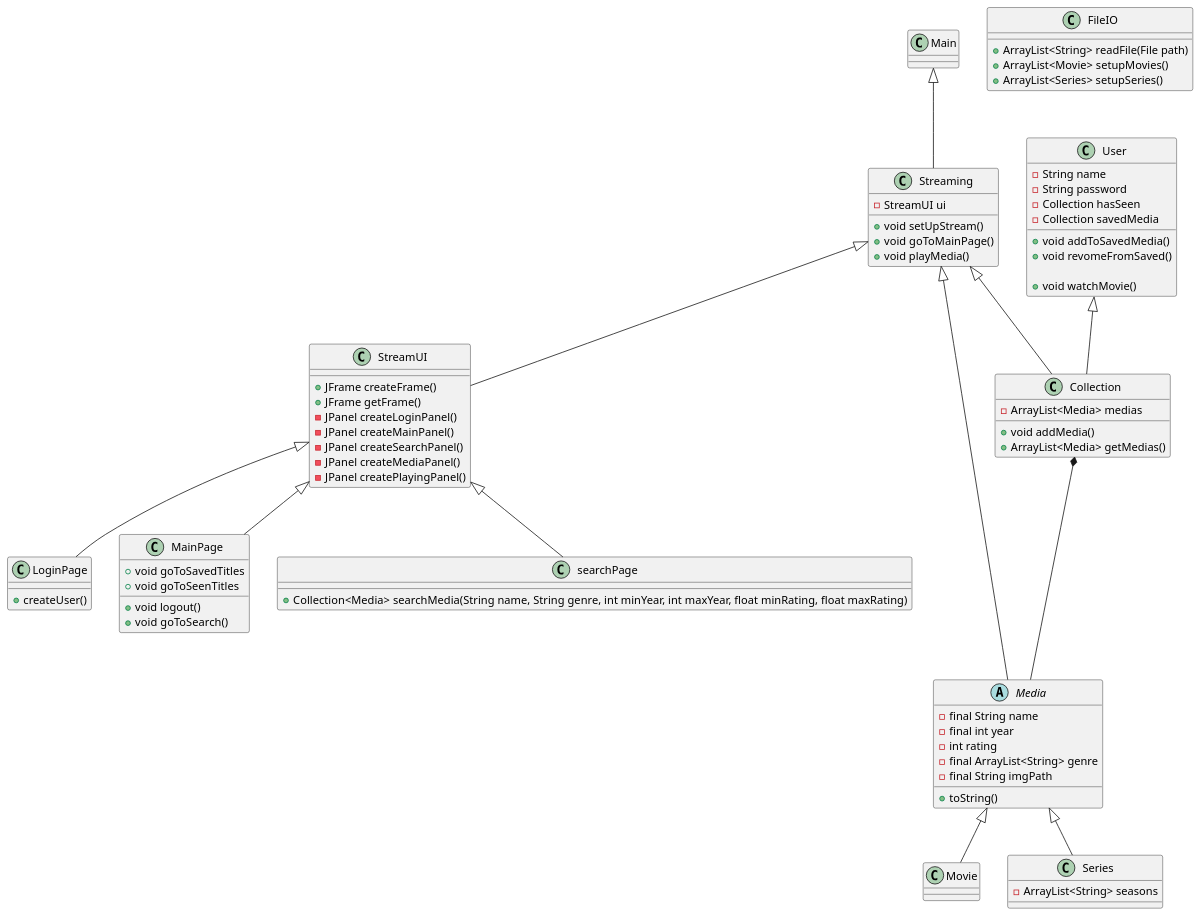
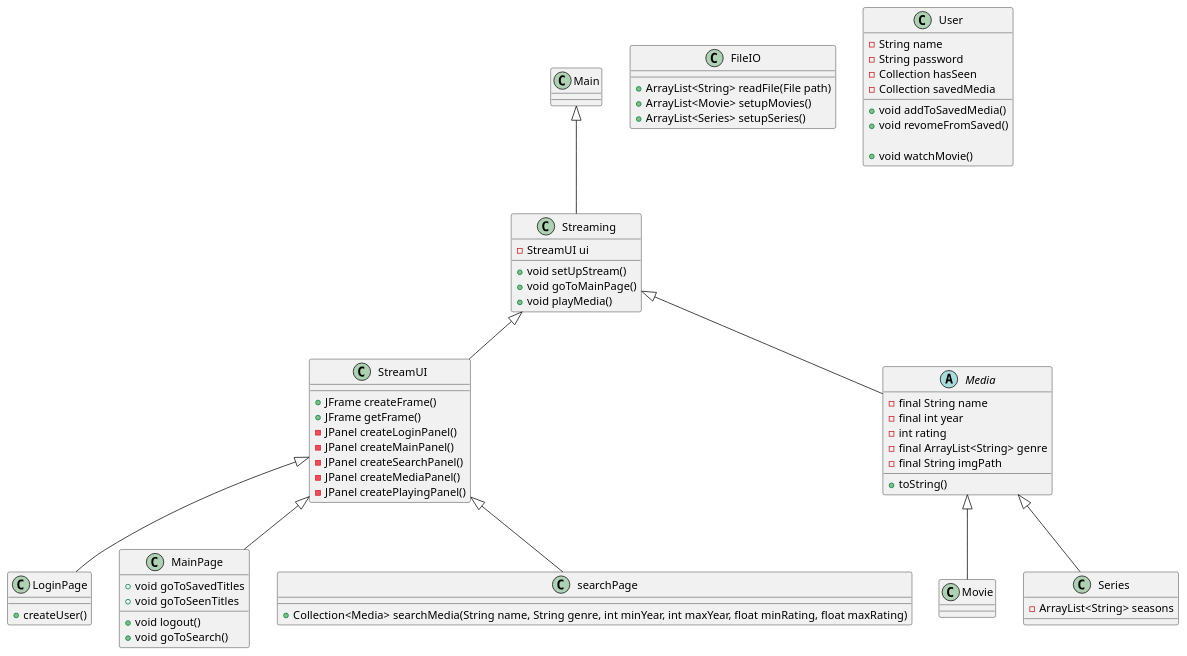
The diagram in Documentation/Streaming.puml (TheRealJackiBoi/dat1-sp3-streaming), drawn with PlantUML before and after one commit. The commit also changed 13 other files, not shown here.

```diff
--- a/Documentation/Streaming.puml
+++ b/Documentation/Streaming.puml
@@ -1,94 +1,86 @@
 @startuml
 
 'https://plantuml.com/class-diagram
 
 class Main{
 
 }
 
 Main <|-- Streaming
 class Streaming{
 -StreamUI ui
 +void setUpStream()
 +void goToMainPage()
 +void playMedia()
 }
 
 StreamUI <|-- LoginPage
 class LoginPage{
 + createUser()
 
 }
 
 StreamUI <|-- MainPage
 class MainPage {
 +void logout()
 +void goToSearch()
 +void goToSavedTitles
 +void goToSeenTitles
 }
 
 StreamUI <|-- searchPage
 class searchPage{
 
 +Collection<Media> searchMedia(String name, String genre, int minYear, int maxYear, float minRating, float maxRating)
 }
 
 Streaming <|-- StreamUI
 class StreamUI {
 +JFrame createFrame()
 +JFrame getFrame()
 -JPanel createLoginPanel()
 -JPanel createMainPanel()
 -JPanel createSearchPanel()
 -JPanel createMediaPanel()
 -JPanel createPlayingPanel()
 }
 
 Streaming <|-- Media
-Streaming <|-- Collection
 abstract class Media {
 -final String name
 -final int year
 -int rating
 -final ArrayList<String> genre
 -final String imgPath
 +toString()
 }
 
 class Movie extends Media {
 
 }
 
 class Series extends Media {
 -ArrayList<String> seasons
 }
 
-Collection *--- Media
-class Collection {
--ArrayList<Media> medias
-+void addMedia()
-+ArrayList<Media> getMedias()
-}
 
 class FileIO {
 +ArrayList<String> readFile(File path)
 +ArrayList<Movie> setupMovies()
 +ArrayList<Series> setupSeries()
 }
 
-User <|-- Collection
 class User {
 -String name
 -String password
 -Collection hasSeen
 -Collection savedMedia
 
 +void addToSavedMedia()
 +void revomeFromSaved()
 
 +void watchMovie()
 }
 
 
 @enduml
```
